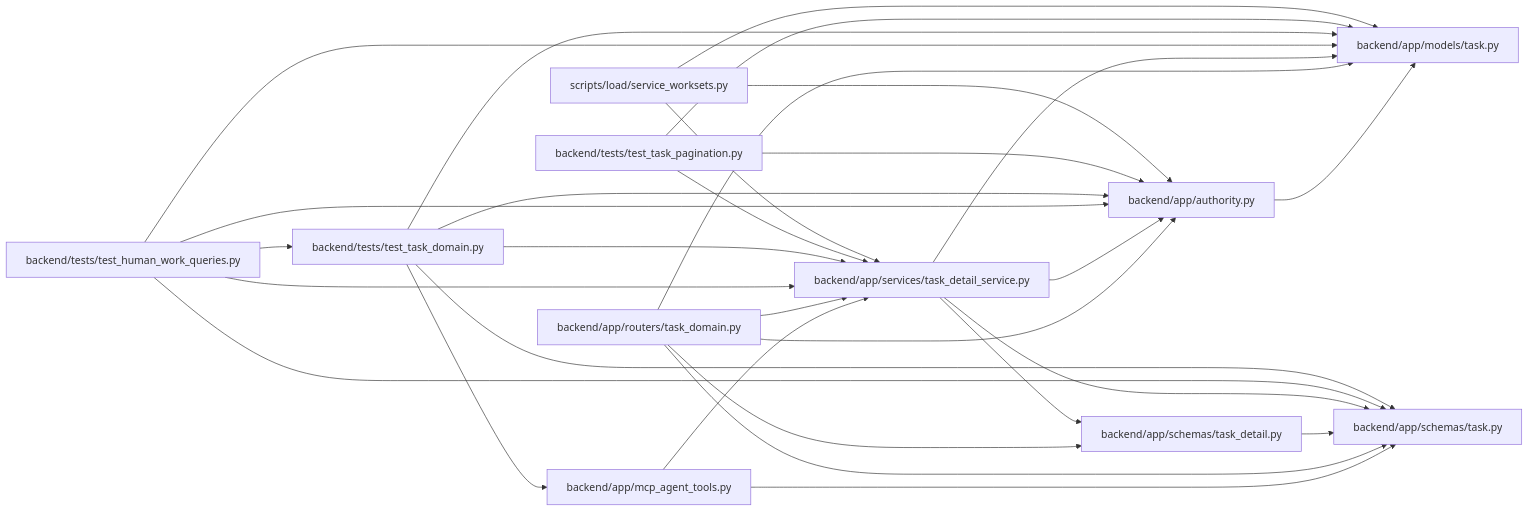
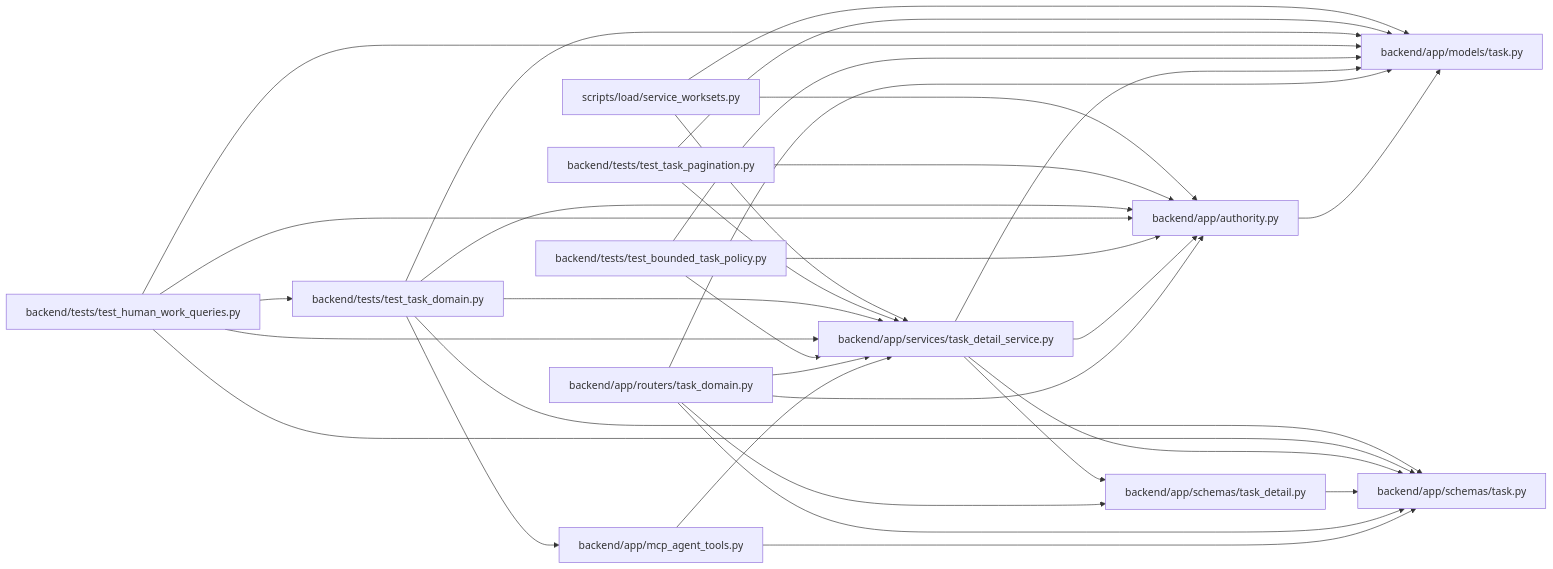
One commit to Denissvgn/WorkChord changed the diagram in docs/llm_wiki/modules/task_detail_service.md. Above: the diagram before and after it, drawn with Mermaid. The commit also changed other lines of this file and 10148 other files, not shown here.

````diff
--- a/docs/llm_wiki/modules/task_detail_service.md
+++ b/docs/llm_wiki/modules/task_detail_service.md
@@ -25,54 +29,59 @@
 ```mermaid
 flowchart LR
     n0["backend/app/authority.py"]
     n1["backend/app/mcp_agent_tools.py"]
     n2["backend/app/models/task.py"]
     n3["backend/app/routers/task_domain.py"]
     n4["backend/app/schemas/task.py"]
     n5["backend/app/schemas/task_detail.py"]
     n6["backend/app/services/task_detail_service.py"]
-    n7["backend/tests/test_human_work_queries.py"]
-    n8["backend/tests/test_task_domain.py"]
-    n9["backend/tests/test_task_pagination.py"]
-    n10["scripts/load/service_worksets.py"]
+    n7["backend/tests/test_bounded_task_policy.py"]
+    n8["backend/tests/test_human_work_queries.py"]
+    n9["backend/tests/test_task_domain.py"]
+    n10["backend/tests/test_task_pagination.py"]
+    n11["scripts/load/service_worksets.py"]
     n0 --> n2
     n1 --> n4
     n1 --> n6
     n3 --> n0
     n3 --> n2
     n3 --> n4
     n3 --> n5
     n3 --> n6
     n5 --> n4
     n6 --> n0
     n6 --> n2
     n6 --> n4
     n6 --> n5
     n7 --> n0
     n7 --> n2
-    n7 --> n4
     n7 --> n6
-    n7 --> n8
     n8 --> n0
-    n8 --> n1
     n8 --> n2
     n8 --> n4
     n8 --> n6
+    n8 --> n9
     n9 --> n0
+    n9 --> n1
     n9 --> n2
+    n9 --> n4
     n9 --> n6
     n10 --> n0
     n10 --> n2
     n10 --> n6
+    n11 --> n0
+    n11 --> n2
+    n11 --> n6
     click n0 "../modules/authority.md"
     click n1 "../modules/mcp_agent_tools.md"
     click n2 "../modules/models_task.md"
     click n3 "../modules/routers_task_domain.md"
     click n4 "../modules/schemas_task.md"
     click n5 "../modules/task_detail.md"
     click n6 "../modules/task_detail_service.md"
-    click n7 "../modules/test_human_work_queries.md"
-    click n8 "../modules/test_task_domain.md"
-    click n9 "../modules/test_task_pagination.md"
-    click n10 "../modules/service_worksets.md"
+    click n7 "../modules/test_bounded_task_policy.md"
+    click n8 "../modules/test_human_work_queries.md"
+    click n9 "../modules/test_task_domain.md"
+    click n10 "../modules/test_task_pagination.md"
+    click n11 "../modules/service_worksets.md"
 ```
````
